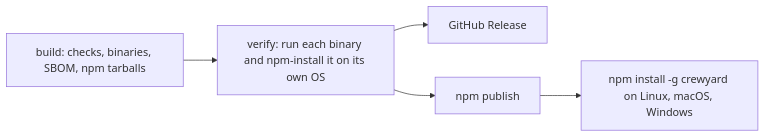
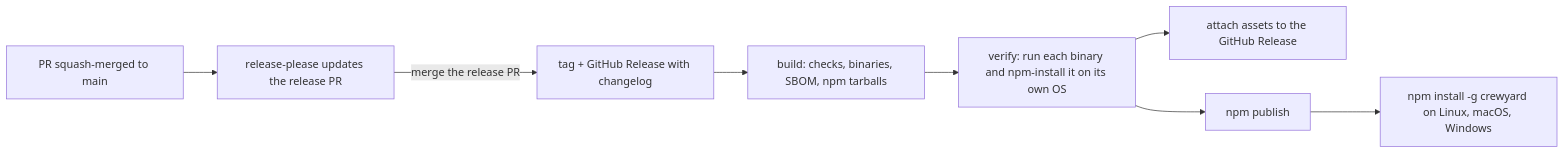
Before and after one commit to orafaelfragoso/crewyard: the diagram in docs/releasing.md, drawn with Mermaid. The commit also changed other lines of this file and 6 other files, not shown here.

First line of the commit message:
ci: automate changelog and releases with release-please

````diff
--- a/docs/releasing.md
+++ b/docs/releasing.md
@@ -5,7 +5,10 @@
 ```mermaid
 flowchart LR
-  B[build: checks, binaries, SBOM, npm tarballs] --> V[verify: run each binary and npm-install it on its own OS]
-  V --> G[GitHub Release]
+  M[PR squash-merged to main] --> RP[release-please updates the release PR]
+  RP -->|merge the release PR| T[tag + GitHub Release with changelog]
+  T --> B[build: checks, binaries, SBOM, npm tarballs]
+  B --> V[verify: run each binary and npm-install it on its own OS]
+  V --> G[attach assets to the GitHub Release]
   V --> N[npm publish]
   N --> S[npm install -g crewyard on Linux, macOS, Windows]
 ```
````
